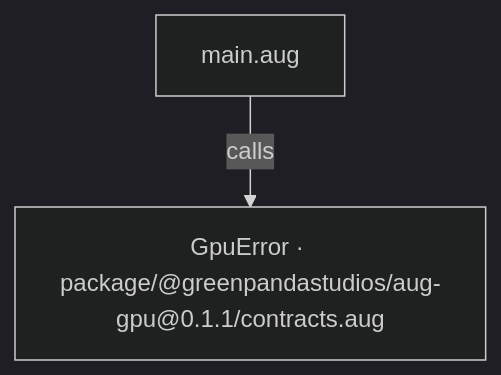
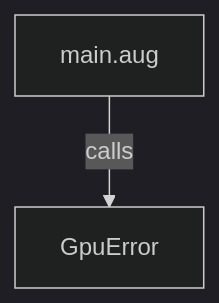
One commit to GreenPandaStudios/augscript changed the first of 3 diagrams in docs/examples/native-gpu/main-diagrams.md. Above: the diagram before and after it, drawn with Mermaid (dark theme). The commit also changed other lines of this file and 524 other files, not shown here.

Commit message:
Explain checked data flow at folder and service levels

````diff
--- a/docs/examples/native-gpu/main-diagrams.md
+++ b/docs/examples/native-gpu/main-diagrams.md
@@ -19,6 +19,6 @@
 ```mermaid
 flowchart TD
     n0["main.aug"]
-    n1["GpuError · package/@greenpandastudios/aug-gpu@0.1.1/contracts.aug"]
+    n1["GpuError"]
     n0 -->|"calls"| n1
 ```
````
